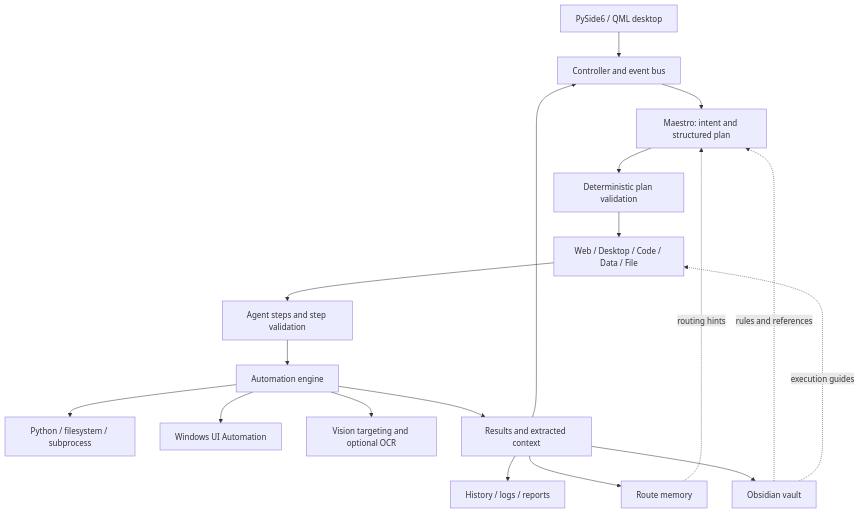
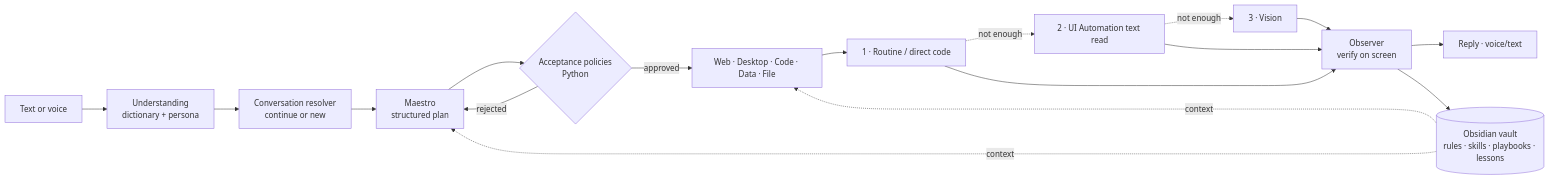
One commit to ognistie/AI-Farm-Agent changed the diagram in README.md. Above: the diagram before and after it, drawn with Mermaid. The commit also changed other lines of this file and 16 other files, not shown here.

````diff
--- a/README.md
+++ b/README.md
@@ -35,20 +42,17 @@
 ```mermaid
-flowchart TD
-    UI[PySide6 / QML desktop] --> C[Controller and event bus]
-    C --> M[Maestro: intent and structured plan]
-    R[Route memory] -. routing hints .-> M
-    B[Obsidian vault] -. rules and references .-> M
-    M --> V[Deterministic plan validation]
-    V --> A[Web / Desktop / Code / Data / File]
-    B -. execution guides .-> A
-    A --> S[Agent steps and step validation]
-    S --> E[Automation engine]
-    E --> P[Python / filesystem / subprocess]
-    E --> U[Windows UI Automation]
-    E --> I[Vision targeting and optional OCR]
-    E --> O[Results and extracted context]
-    O --> C
-    O --> H[History / logs / reports]
-    O --> R
+flowchart LR
+    IN[Text or voice] --> U[Understanding<br/>dictionary + persona]
+    U --> R[Conversation resolver<br/>continue or new]
+    R --> M[Maestro<br/>structured plan]
+    B[(Obsidian vault<br/>rules · skills · playbooks · lessons)] -. context .-> M
+    M --> V{Acceptance policies<br/>Python}
+    V -- rejected --> M
+    V -- approved --> A[Web · Desktop · Code · Data · File]
+    B -. context .-> A
+    A --> L1[1 · Routine / direct code]
+    L1 -. not enough .-> L2[2 · UI Automation text read]
+    L2 -. not enough .-> L3[3 · Vision]
+    L1 & L2 & L3 --> O[Observer<br/>verify on screen]
+    O --> RE[Reply · voice/text]
     O --> B
 ```
````
